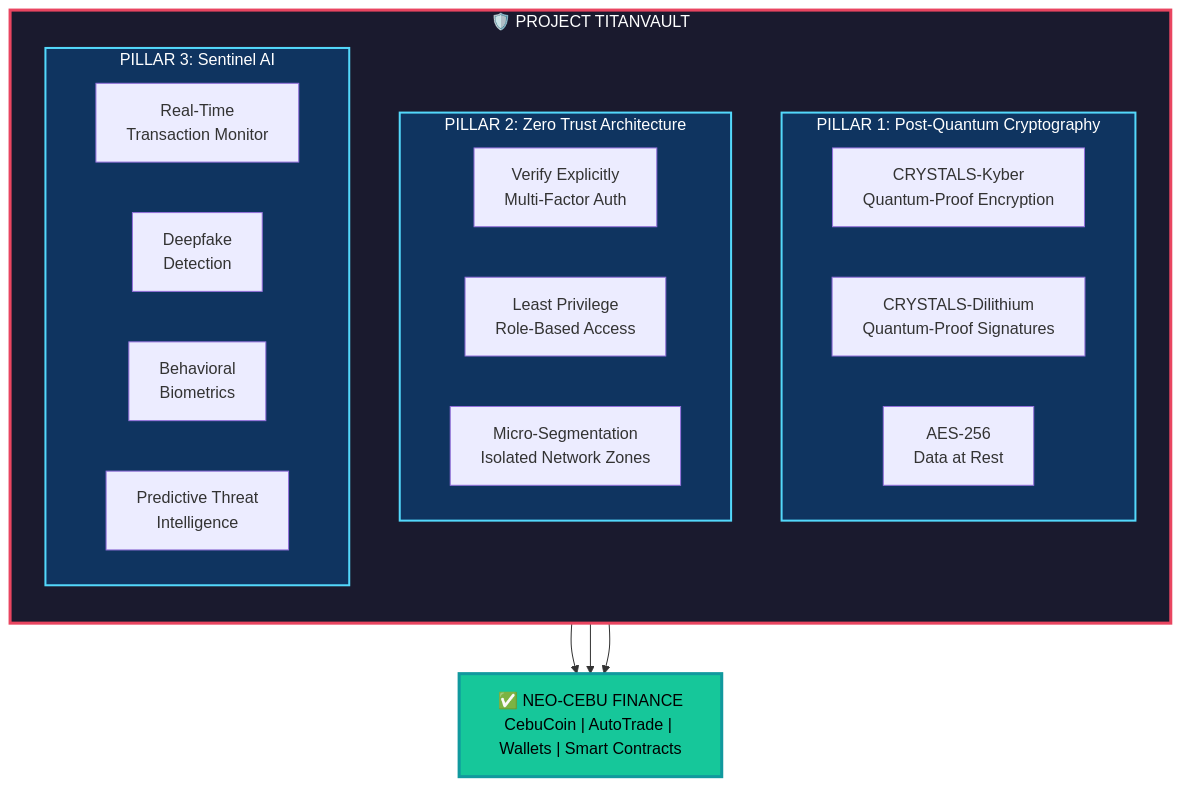
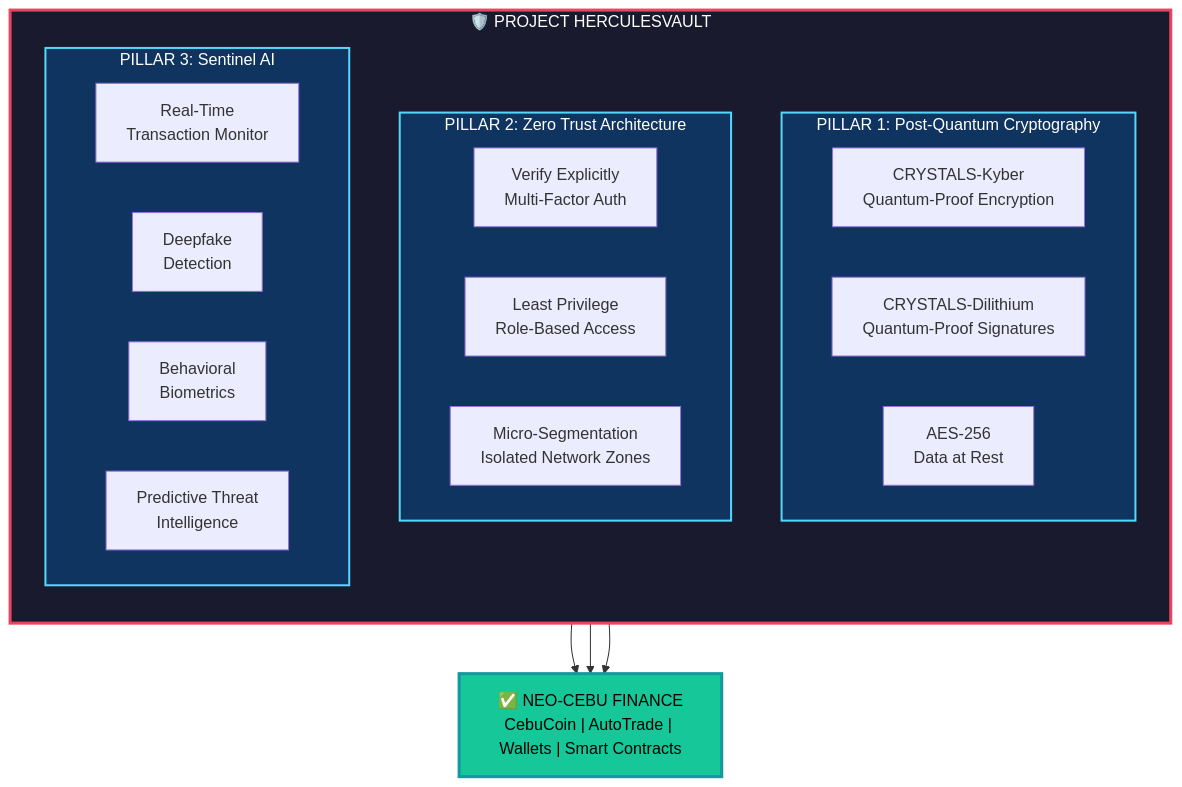
The first of 7 diagrams in VISUALS.md (ImNew222/Group-2-Finance-Digital-Currency-amp-Automated-Trading-Platforms.), drawn with Mermaid before and after one commit. The commit also changed other lines of this file and 7 other files, not shown here.

````diff
--- a/VISUALS.md
+++ b/VISUALS.md
@@ -10,37 +10,37 @@
 ```mermaid
 graph TB
-    subgraph TITANVAULT["🛡️ PROJECT TITANVAULT"]
+    subgraph HERCULESVAULT["🛡️ PROJECT HERCULESVAULT"]
         direction TB
         
         subgraph P1["PILLAR 1: Post-Quantum Cryptography"]
             PQC1["CRYSTALS-Kyber<br/>Quantum-Proof Encryption"]
             PQC2["CRYSTALS-Dilithium<br/>Quantum-Proof Signatures"]
             PQC3["AES-256<br/>Data at Rest"]
         end
         
         subgraph P2["PILLAR 2: Zero Trust Architecture"]
             ZT1["Verify Explicitly<br/>Multi-Factor Auth"]
             ZT2["Least Privilege<br/>Role-Based Access"]
             ZT3["Micro-Segmentation<br/>Isolated Network Zones"]
         end
         
         subgraph P3["PILLAR 3: Sentinel AI"]
             AI1["Real-Time<br/>Transaction Monitor"]
             AI2["Deepfake<br/>Detection"]
             AI3["Behavioral<br/>Biometrics"]
             AI4["Predictive Threat<br/>Intelligence"]
         end
     end
 
     PROTECTED["✅ NEO-CEBU FINANCE<br/>CebuCoin | AutoTrade | Wallets | Smart Contracts"]
     
     P1 --> PROTECTED
     P2 --> PROTECTED
     P3 --> PROTECTED
 
-    style TITANVAULT fill:#1a1a2e,stroke:#e94560,stroke-width:3px,color:#fff
+    style HERCULESVAULT fill:#1a1a2e,stroke:#e94560,stroke-width:3px,color:#fff
     style P1 fill:#0f3460,stroke:#53d8fb,stroke-width:2px,color:#fff
     style P2 fill:#0f3460,stroke:#53d8fb,stroke-width:2px,color:#fff
     style P3 fill:#0f3460,stroke:#53d8fb,stroke-width:2px,color:#fff
     style PROTECTED fill:#16c79a,stroke:#11999e,stroke-width:3px,color:#000
 ```
````
